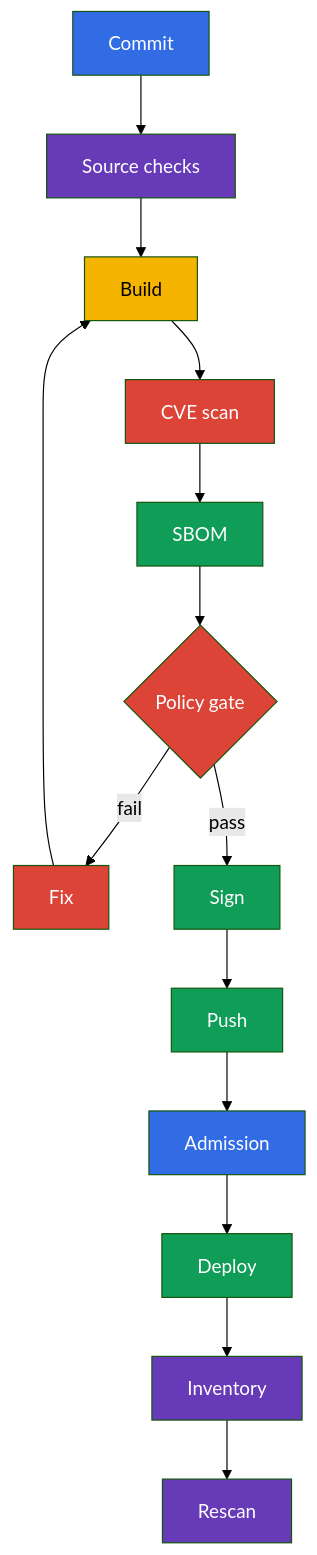
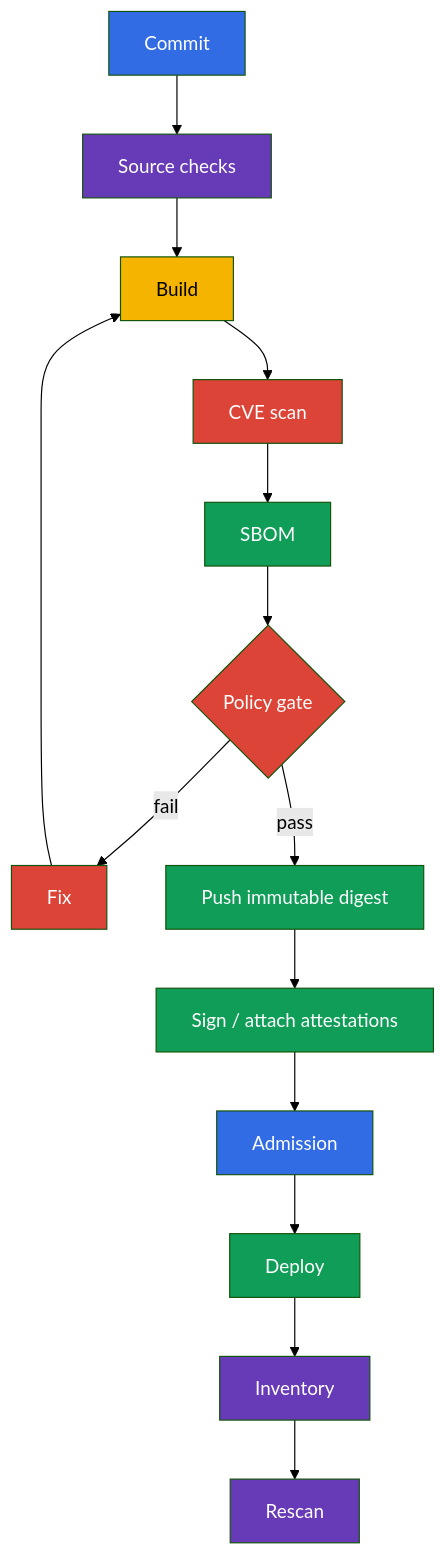
One commit to ViktorUJ/cks changed the second of 2 diagrams in tasks/cks/course/28/ru.md. Above: the diagram before and after it, drawn with Mermaid (forest theme). The commit also changed 15 other files, not shown here.

````diff
--- a/tasks/cks/course/28/ru.md
+++ b/tasks/cks/course/28/ru.md
@@ -317,29 +317,29 @@
 ```mermaid
 flowchart TB
     commit["Commit"] --> source["Source checks"]
     source --> build["Build"]
     build --> scan["CVE scan"]
     scan --> sbom["SBOM"]
     sbom --> gate{"Policy gate"}
     gate -->|"fail"| fix["Fix"]
     fix --> build
-    gate -->|"pass"| sign["Sign"]
-    sign --> push["Push"]
-    push --> admission["Admission"]
+    gate -->|"pass"| push["Push immutable digest"]
+    push --> sign["Sign / attach attestations"]
+    sign --> admission["Admission"]
     admission --> deploy["Deploy"]
     deploy --> inventory["Inventory"]
     inventory --> rescan["Rescan"]
     style commit fill:#326ce5,color:#fff
     style source fill:#673ab7,color:#fff
     style build fill:#f4b400,color:#000
     style scan fill:#db4437,color:#fff
     style sbom fill:#0f9d58,color:#fff
     style gate fill:#db4437,color:#fff
     style fix fill:#db4437,color:#fff
     style sign fill:#0f9d58,color:#fff
     style push fill:#0f9d58,color:#fff
     style admission fill:#326ce5,color:#fff
     style deploy fill:#0f9d58,color:#fff
     style inventory fill:#673ab7,color:#fff
     style rescan fill:#673ab7,color:#fff
 ```
````
